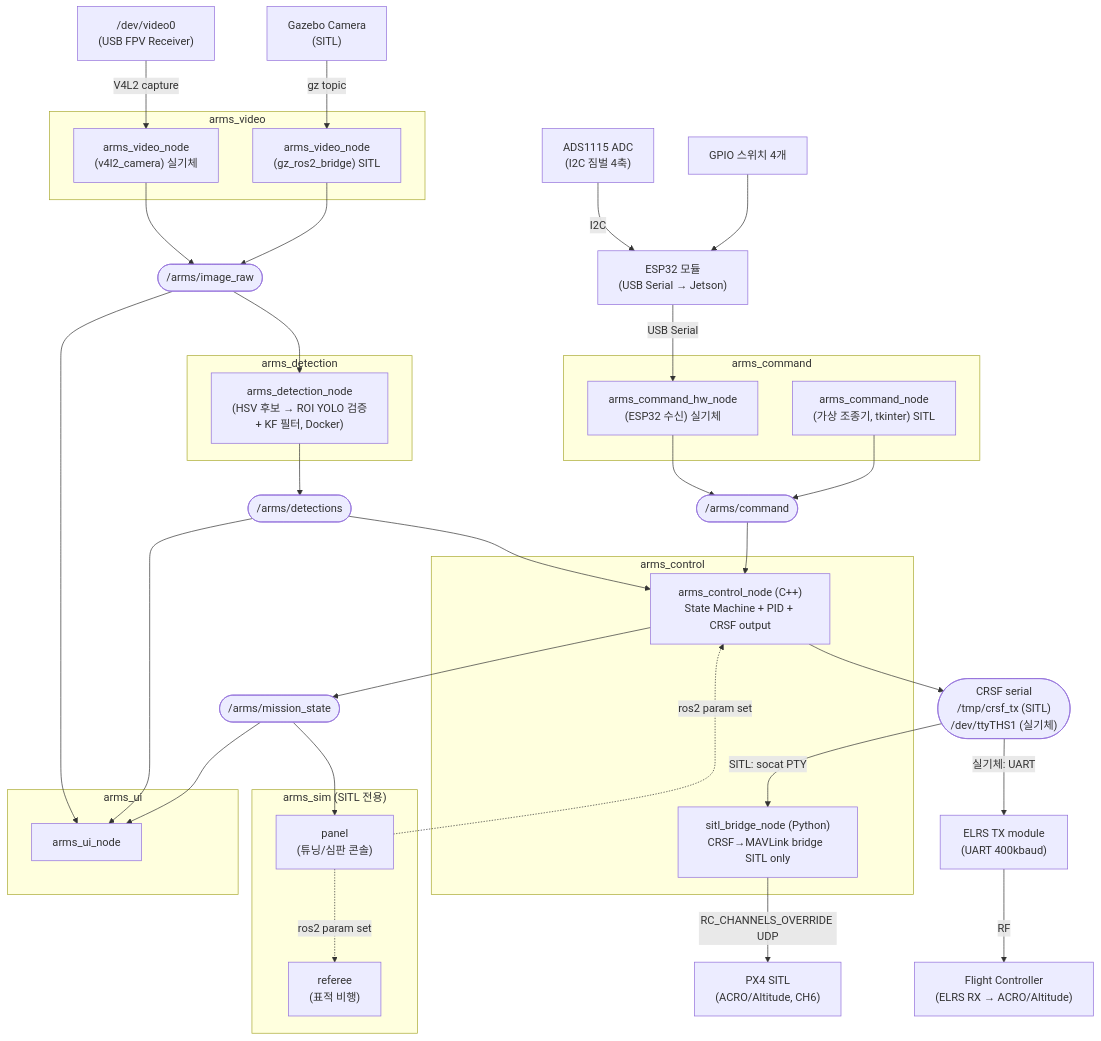
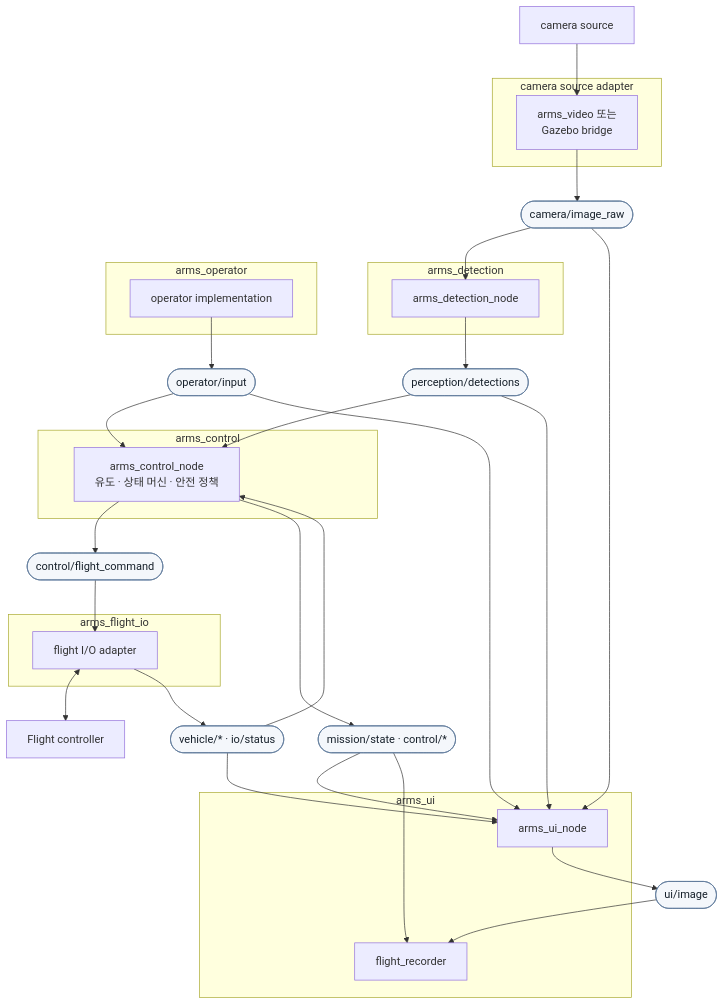
One commit to IN-AIR-KR/26_HC056 changed the first of 6 diagrams in SW/docs/DESIGN.md. Above: the diagram before and after it, drawn with Mermaid. The commit also changed other lines of this file and 100 other files, not shown here.

Commit message:
refactor: split operator and flight I/O

````diff
--- a/SW/docs/DESIGN.md
+++ b/SW/docs/DESIGN.md
@@ -63,74 +114,65 @@
 ```mermaid
 graph TD
-    GAZEBO["Gazebo Camera<br/>(SITL)"]
-    V4L2["/dev/video0<br/>(USB FPV Receiver)"]
+    CAMERA["camera source"]
+    IMAGE(["camera/image_raw"])
+    DETECTIONS(["perception/detections"])
+    OP_INPUT(["operator/input"])
+    FLIGHT_CMD(["control/flight_command"])
+    VEHICLE(["vehicle/* · io/status"])
+    CONTROL_STATE(["mission/state · control/*"])
+    UI_IMAGE(["ui/image"])
 
-    subgraph arms_video ["arms_video"]
-        VN_REAL["arms_video_node<br/>(v4l2_camera) 실기체"]
-        VN_SITL["arms_video_node<br/>(gz_ros2_bridge) SITL"]
+    subgraph VIDEO["camera source adapter"]
+        VIDEO_NODE["arms_video 또는<br/>Gazebo bridge"]
     end
 
-    IMAGE(["/arms/image_raw"])
-
-    subgraph arms_detection ["arms_detection"]
-        DN_FUSION["arms_detection_node<br/>(HSV 후보 → ROI YOLO 검증<br/>+ KF 필터, Docker)"]
+    subgraph DETECTION["arms_detection"]
+        DET["arms_detection_node"]
     end
 
-    subgraph arms_command ["arms_command"]
-        CMD_GUI["arms_command_node<br/>(가상 조종기, tkinter) SITL"]
-        CMD_JOY["arms_command_hw_node<br/>(ESP32 수신) 실기체"]
+    subgraph OPERATOR["arms_operator"]
+        OPERATOR_NODE["operator implementation"]
     end
 
-    subgraph arms_sim ["arms_sim (SITL 전용)"]
-        PANEL["panel<br/>(튜닝/심판 콘솔)"]
-        REFEREE["referee<br/>(표적 비행)"]
+    subgraph CONTROL["arms_control"]
+        CTRL["arms_control_node<br/>유도 · 상태 머신 · 안전 정책"]
     end
 
-    ADS1115["ADS1115 ADC<br/>(I2C 짐벌 4축)"]
-    SWGPIO["GPIO 스위치 4개"]
-    ESP32["ESP32 모듈<br/>(USB Serial → Jetson)"]
-    JOY(["/arms/command"])
-
-    DETECTIONS(["/arms/detections"])
-    MISSION_STATE(["/arms/mission_state"])
-    CRSF_SERIAL(["CRSF serial<br/>/tmp/crsf_tx (SITL)<br/>/dev/ttyTHS1 (실기체)"])
-
-    subgraph arms_control ["arms_control"]
-        CN["arms_control_node (C++)<br/>State Machine + PID + CRSF output"]
-        BRIDGE["sitl_bridge_node (Python)<br/>CRSF→MAVLink bridge  SITL only"]
+    subgraph IO["arms_flight_io"]
+        IO_NODE["flight I/O adapter"]
     end
 
-    subgraph arms_ui ["arms_ui"]
-        UN["arms_ui_node"]
+    subgraph UI["arms_ui"]
+        DISPLAY["arms_ui_node"]
+        REC["flight_recorder"]
     end
 
-    FC_SITL["PX4 SITL<br/>(ACRO/Altitude, CH6)"]
-    FC_HW["Flight Controller<br/>(ELRS RX → ACRO/Altitude)"]
-    ELRS_TX["ELRS TX module<br/>(UART 400kbaud)"]
+    FC["Flight controller"]
 
-    V4L2 -->|V4L2 capture| VN_REAL
-    GAZEBO -->|gz topic| VN_SITL
-    ADS1115 -->|I2C| ESP32
-    SWGPIO --> ESP32
-    ESP32 -->|USB Serial| CMD_JOY
-    CMD_JOY --> JOY
-    CMD_GUI --> JOY
-    VN_REAL --> IMAGE
-    VN_SITL --> IMAGE
-    IMAGE --> DN_FUSION
-    IMAGE --> UN
-    DN_FUSION --> DETECTIONS
-    DETECTIONS --> CN
-    DETECTIONS --> UN
-    JOY --> CN
-    CN --> MISSION_STATE
-    CN --> CRSF_SERIAL
-    MISSION_STATE --> UN
-    MISSION_STATE --> PANEL
-    PANEL -.->|ros2 param set| CN
-    PANEL -.->|ros2 param set| REFEREE
-    CRSF_SERIAL -->|SITL: socat PTY| BRIDGE
-    BRIDGE -->|RC_CHANNELS_OVERRIDE UDP| FC_SITL
-    CRSF_SERIAL -->|실기체: UART| ELRS_TX
-    ELRS_TX -->|RF| FC_HW
+    CAMERA --> VIDEO_NODE
+    VIDEO_NODE --> IMAGE
+    IMAGE --> DET
+    IMAGE --> DISPLAY
+    DET --> DETECTIONS
+    DETECTIONS --> CTRL
+    DETECTIONS --> DISPLAY
+
+    OPERATOR_NODE --> OP_INPUT
+    OP_INPUT --> CTRL
+    OP_INPUT --> DISPLAY
+
+    CTRL --> FLIGHT_CMD
+    FLIGHT_CMD --> IO_NODE
+    IO_NODE <--> FC
+    IO_NODE --> VEHICLE
+    VEHICLE --> CTRL
+    VEHICLE --> DISPLAY
+
+    CTRL --> CONTROL_STATE
+    CONTROL_STATE --> DISPLAY
+    CONTROL_STATE --> REC
+    DISPLAY --> UI_IMAGE
+    UI_IMAGE --> REC
+    classDef topic fill:#f4f7fb,stroke:#5c7899,color:#17212b
+    class IMAGE,DETECTIONS,OP_INPUT,FLIGHT_CMD,VEHICLE,CONTROL_STATE,UI_IMAGE topic
 ```
````
